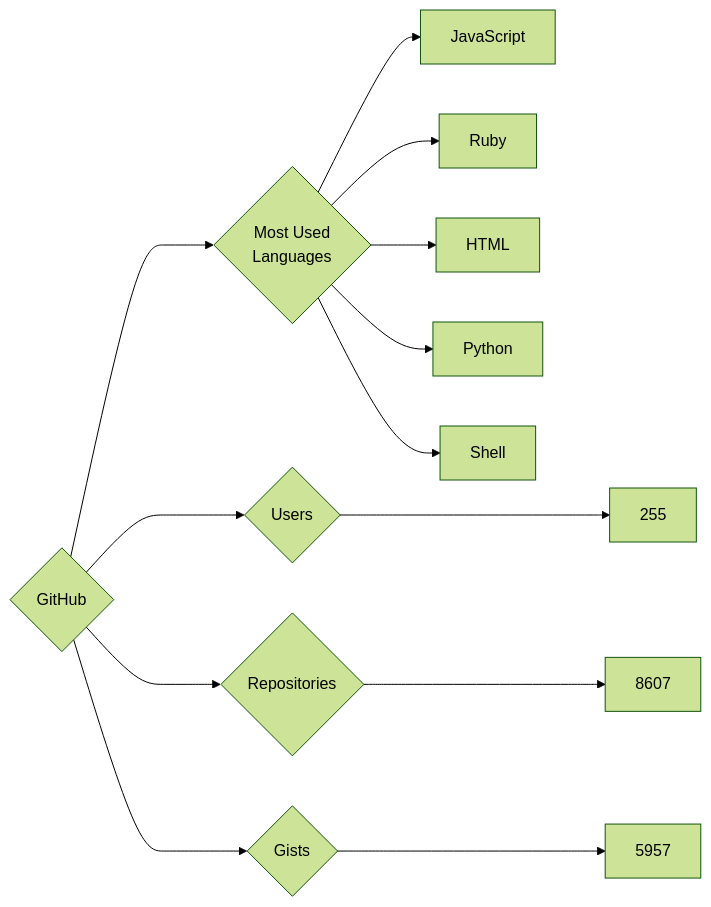
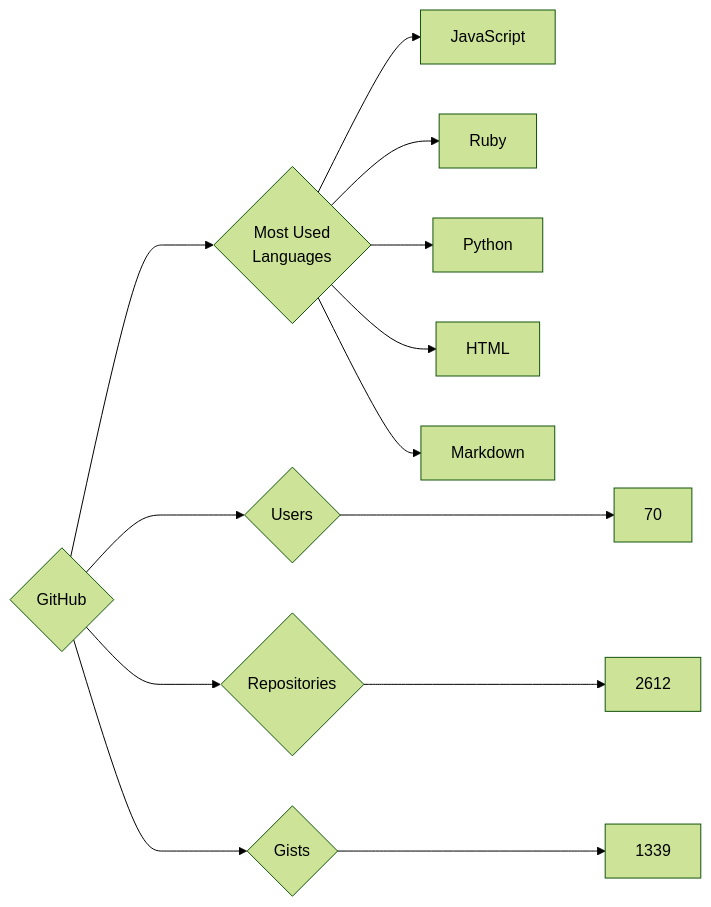
Before and after one commit to trickest/insiders: the diagram in targets/GitHub/README.md, drawn with Mermaid (forest theme). The commit also changed 951 other files, not shown here.

````diff
--- a/targets/GitHub/README.md
+++ b/targets/GitHub/README.md
@@ -3,13 +3,13 @@
 ```mermaid
 graph LR
 COMPANY_NAME{GitHub}
-COMPANY_NAME ---> U{Users} ---> UN[255]
-COMPANY_NAME ---> R{Repositories} ---> RN[8607]
-COMPANY_NAME ---> G{Gists} ---> GN[5957]
+COMPANY_NAME ---> U{Users} ---> UN[70]
+COMPANY_NAME ---> R{Repositories} ---> RN[2612]
+COMPANY_NAME ---> G{Gists} ---> GN[1339]
 COMPANY_NAME ---> ML{Most Used<br>Languages}
 ML --> JavaScript[JavaScript]
 ML --> Ruby[Ruby]
+ML --> Python[Python]
 ML --> HTML[HTML]
-ML --> Python[Python]
-ML --> Shell[Shell]
+ML --> Markdown[Markdown]
 ```
````
